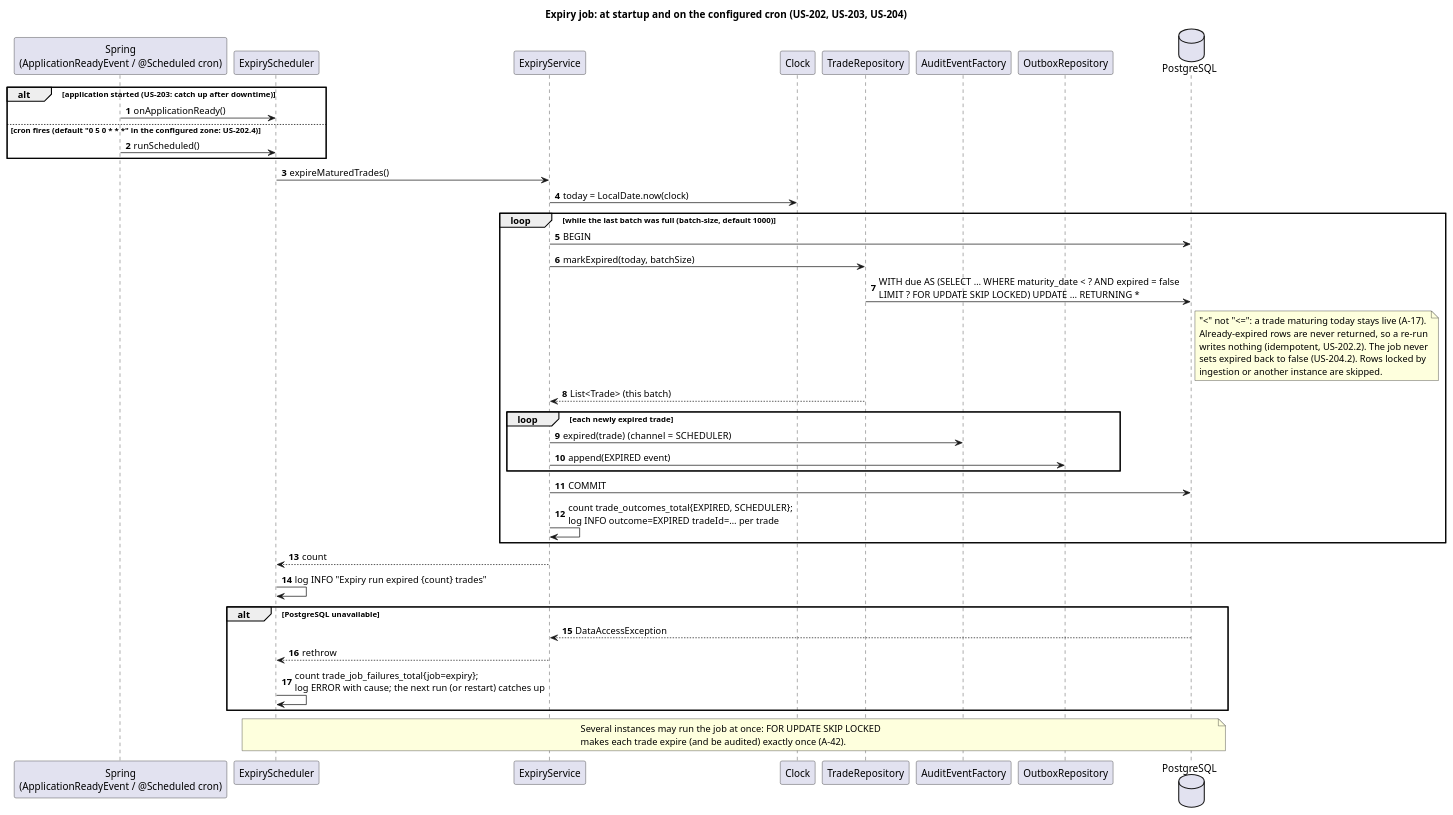
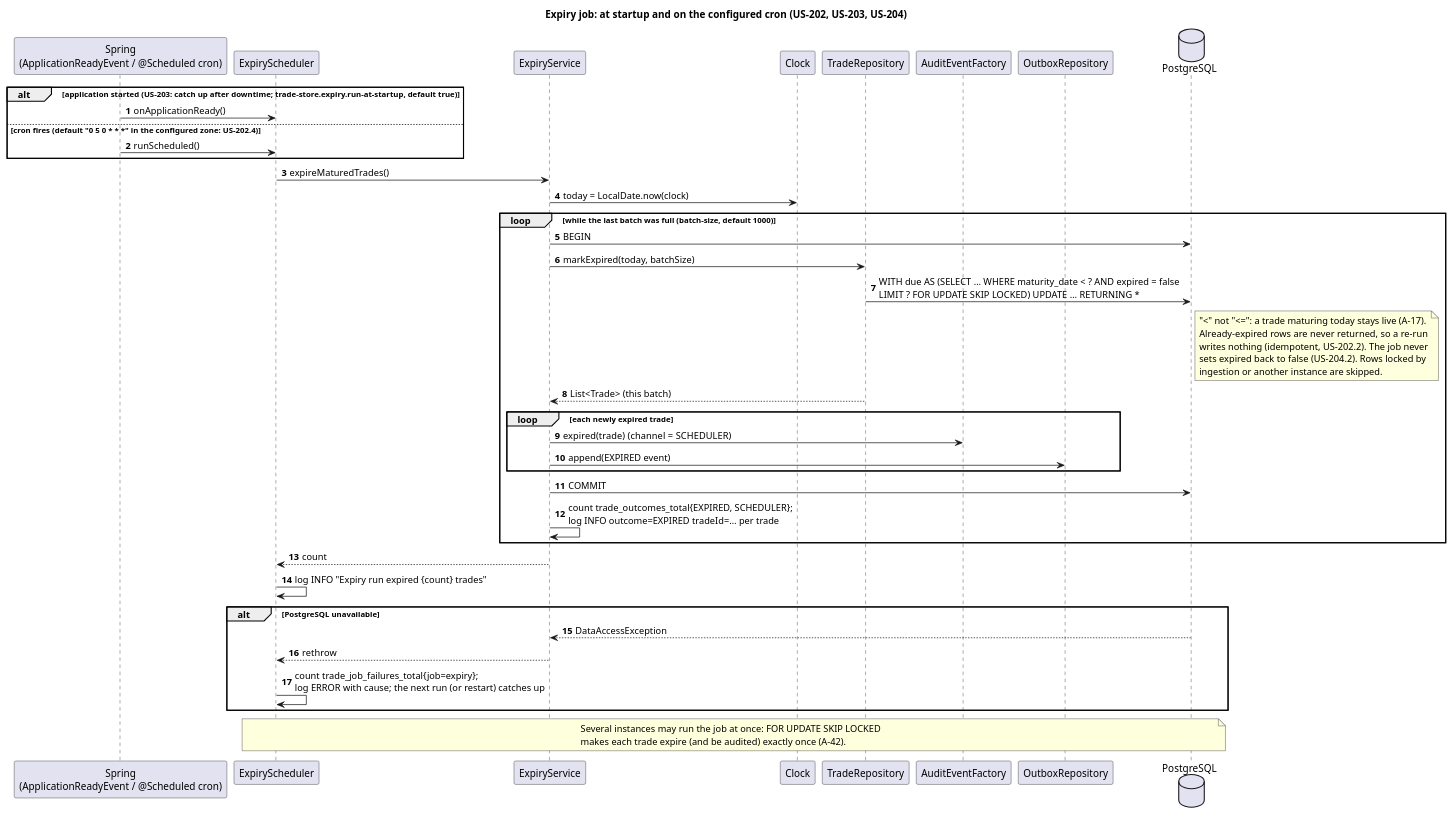
The diagram in docs/diagrams/05-seq-expiry.puml (kuldipkumar/Trade-store), drawn with PlantUML before and after one commit. The commit also changed 1 other file, not shown here.

Commit message:
docs: US-203 note run-at-startup in 05-seq-expiry

```diff
--- a/docs/diagrams/05-seq-expiry.puml
+++ b/docs/diagrams/05-seq-expiry.puml
@@ -1,54 +1,54 @@
 @startuml 05-seq-expiry
 title Expiry job: at startup and on the configured cron (US-202, US-203, US-204)
 
 autonumber
 participant "Spring\n(ApplicationReadyEvent / @Scheduled cron)" as Spring
 participant ExpiryScheduler
 participant ExpiryService
 participant Clock
 participant TradeRepository
 participant AuditEventFactory
 participant OutboxRepository
 database PostgreSQL
 
-alt application started (US-203: catch up after downtime)
+alt application started (US-203: catch up after downtime; trade-store.expiry.run-at-startup, default true)
   Spring -> ExpiryScheduler : onApplicationReady()
 else cron fires (default "0 5 0 * * *" in the configured zone: US-202.4)
   Spring -> ExpiryScheduler : runScheduled()
 end
 ExpiryScheduler -> ExpiryService : expireMaturedTrades()
 ExpiryService -> Clock : today = LocalDate.now(clock)
 loop while the last batch was full (batch-size, default 1000)
   ExpiryService -> PostgreSQL : BEGIN
   ExpiryService -> TradeRepository : markExpired(today, batchSize)
   TradeRepository -> PostgreSQL : WITH due AS (SELECT … WHERE maturity_date < ? AND expired = false\nLIMIT ? FOR UPDATE SKIP LOCKED) UPDATE … RETURNING *
   note right of PostgreSQL
     "<" not "<=": a trade maturing today stays live (A-17).
     Already-expired rows are never returned, so a re-run
     writes nothing (idempotent, US-202.2). The job never
     sets expired back to false (US-204.2). Rows locked by
     ingestion or another instance are skipped.
   end note
   TradeRepository --> ExpiryService : List<Trade> (this batch)
   loop each newly expired trade
     ExpiryService -> AuditEventFactory : expired(trade)  (channel = SCHEDULER)
     ExpiryService -> OutboxRepository : append(EXPIRED event)
   end
   ExpiryService -> PostgreSQL : COMMIT
   ExpiryService -> ExpiryService : count trade_outcomes_total{EXPIRED, SCHEDULER};\nlog INFO outcome=EXPIRED tradeId=… per trade
 end
 ExpiryService --> ExpiryScheduler : count
 ExpiryScheduler -> ExpiryScheduler : log INFO "Expiry run expired {count} trades"
 
 alt PostgreSQL unavailable
   PostgreSQL --> ExpiryService : DataAccessException
   ExpiryService --> ExpiryScheduler : rethrow
   ExpiryScheduler -> ExpiryScheduler : count trade_job_failures_total{job=expiry};\nlog ERROR with cause; the next run (or restart) catches up
 end
 
 note over ExpiryScheduler, PostgreSQL
   Several instances may run the job at once: FOR UPDATE SKIP LOCKED
   makes each trade expire (and be audited) exactly once (A-42).
 end note
 
 @enduml
```
